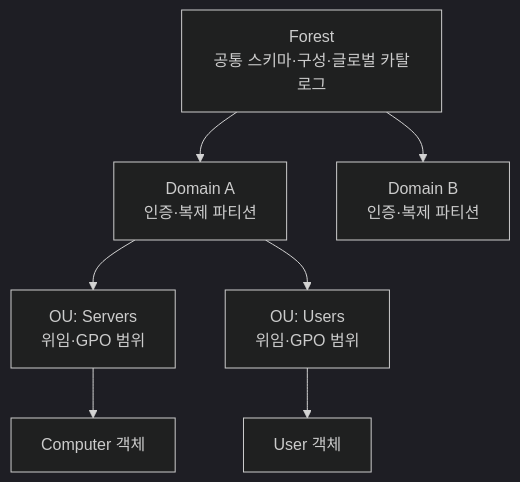
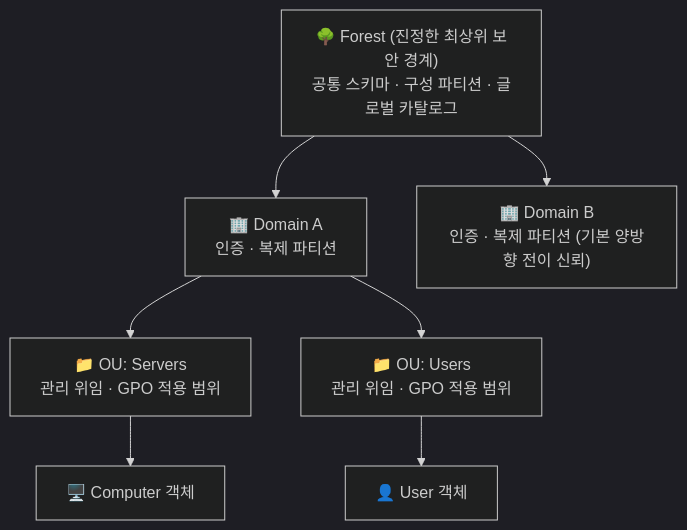
The second of 4 diagrams in content/OSCP/공격 체인 이전의 AD 아키텍처 기초 — Kerberos, NTLM, DACL·ACE, GPO·SYSVOL, 도메인 트러스트.md (gooyong-sec/gooyong-sec.github.io), drawn with Mermaid (dark theme) before and after one commit. The commit also changed other lines of this file and 68 other files, not shown here.

````diff
--- a/content/OSCP/공격 체인 이전의 AD 아키텍처 기초 — Kerberos, NTLM, DACL·ACE, GPO·SYSVOL, 도메인 트러스트.md
+++ b/content/OSCP/공격 체인 이전의 AD 아키텍처 기초 — Kerberos, NTLM, DACL·ACE, GPO·SYSVOL, 도메인 트러스트.md
@@ -27,10 +51,10 @@
 ```mermaid
 flowchart TD
-    F[Forest<br/>공통 스키마·구성·글로벌 카탈로그]
-    F --> D1[Domain A<br/>인증·복제 파티션]
-    F --> D2[Domain B<br/>인증·복제 파티션]
-    D1 --> O1[OU: Servers<br/>위임·GPO 범위]
-    D1 --> O2[OU: Users<br/>위임·GPO 범위]
-    O1 --> C[Computer 객체]
-    O2 --> U[User 객체]
+    F["🌳 Forest (진정한 최상위 보안 경계)<br/>공통 스키마 · 구성 파티션 · 글로벌 카탈로그"]
+    F --> D1["🏢 Domain A<br/>인증 · 복제 파티션"]
+    F --> D2["🏢 Domain B<br/>인증 · 복제 파티션 (기본 양방향 전이 신뢰)"]
+    D1 --> O1["📁 OU: Servers<br/>관리 위임 · GPO 적용 범위"]
+    D1 --> O2["📁 OU: Users<br/>관리 위임 · GPO 적용 범위"]
+    O1 --> C["🖥️ Computer 객체"]
+    O2 --> U["👤 User 객체"]
 ```
````
